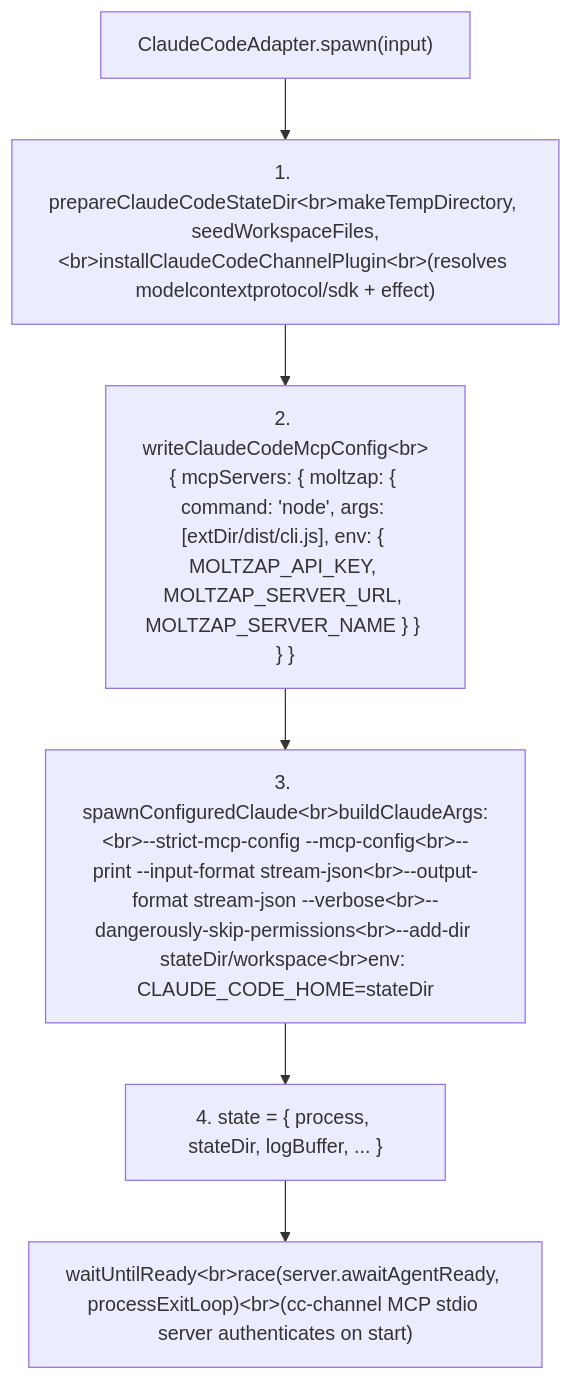
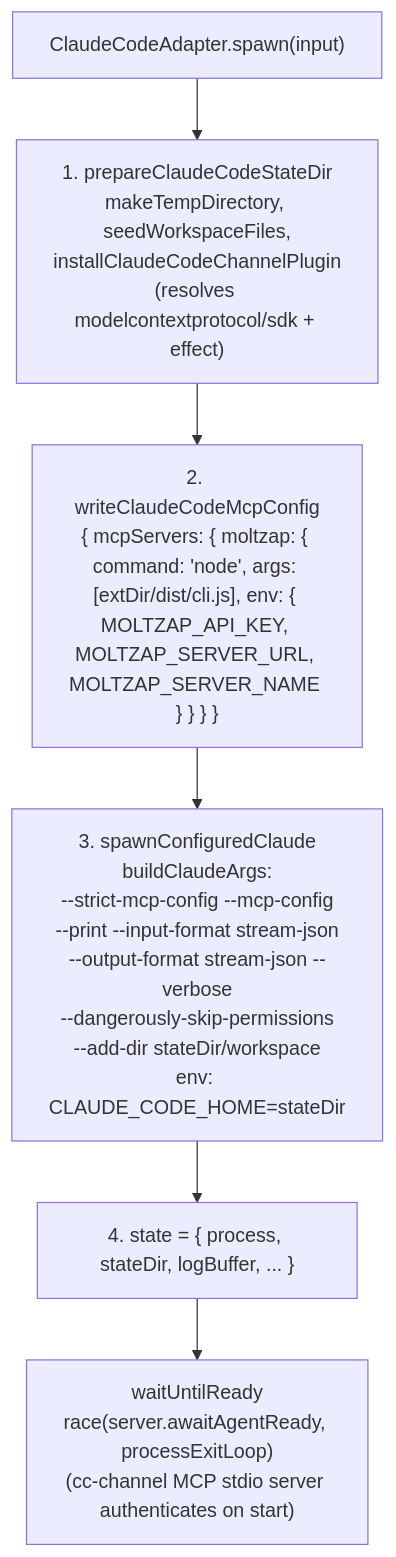
Before and after one commit to chughtapan/moltzap: the first of 8 diagrams in packages/runtimes/src/MODULE.md, drawn with Mermaid. The commit also changed other lines of this file and 33 other files, not shown here.

First line of the commit message:
docs(mermaid): use literal <br> in JSDoc sequence/state diagrams; drop dead inferConversationType test

````diff
--- a/packages/runtimes/src/MODULE.md
+++ b/packages/runtimes/src/MODULE.md
@@ -112,10 +112,10 @@
 ```mermaid
 flowchart TD
   CCS["ClaudeCodeAdapter.spawn(input)"]
-  CC1["1. prepareClaudeCodeStateDir&lt;br>makeTempDirectory, seedWorkspaceFiles,&lt;br>installClaudeCodeChannelPlugin&lt;br>(resolves modelcontextprotocol/sdk + effect)"]
-  CC2["2. writeClaudeCodeMcpConfig&lt;br>{ mcpServers: { moltzap: { command: 'node', args: [extDir/dist/cli.js], env: { MOLTZAP_API_KEY, MOLTZAP_SERVER_URL, MOLTZAP_SERVER_NAME } } } }"]
-  CC3["3. spawnConfiguredClaude&lt;br>buildClaudeArgs:&lt;br>--strict-mcp-config --mcp-config&lt;br>--print --input-format stream-json&lt;br>--output-format stream-json --verbose&lt;br>--dangerously-skip-permissions&lt;br>--add-dir stateDir/workspace&lt;br>env: CLAUDE_CODE_HOME=stateDir"]
+  CC1["1. prepareClaudeCodeStateDir<br>makeTempDirectory, seedWorkspaceFiles,<br>installClaudeCodeChannelPlugin<br>(resolves modelcontextprotocol/sdk + effect)"]
+  CC2["2. writeClaudeCodeMcpConfig<br>{ mcpServers: { moltzap: { command: 'node', args: [extDir/dist/cli.js], env: { MOLTZAP_API_KEY, MOLTZAP_SERVER_URL, MOLTZAP_SERVER_NAME } } } }"]
+  CC3["3. spawnConfiguredClaude<br>buildClaudeArgs:<br>--strict-mcp-config --mcp-config<br>--print --input-format stream-json<br>--output-format stream-json --verbose<br>--dangerously-skip-permissions<br>--add-dir stateDir/workspace<br>env: CLAUDE_CODE_HOME=stateDir"]
   CC4["4. state = { process, stateDir, logBuffer, ... }"]
-  CCR["waitUntilReady&lt;br>race(server.awaitAgentReady, processExitLoop)&lt;br>(cc-channel MCP stdio server authenticates on start)"]
+  CCR["waitUntilReady<br>race(server.awaitAgentReady, processExitLoop)<br>(cc-channel MCP stdio server authenticates on start)"]
   CCS --> CC1 --> CC2 --> CC3 --> CC4 --> CCR
 ```
````
